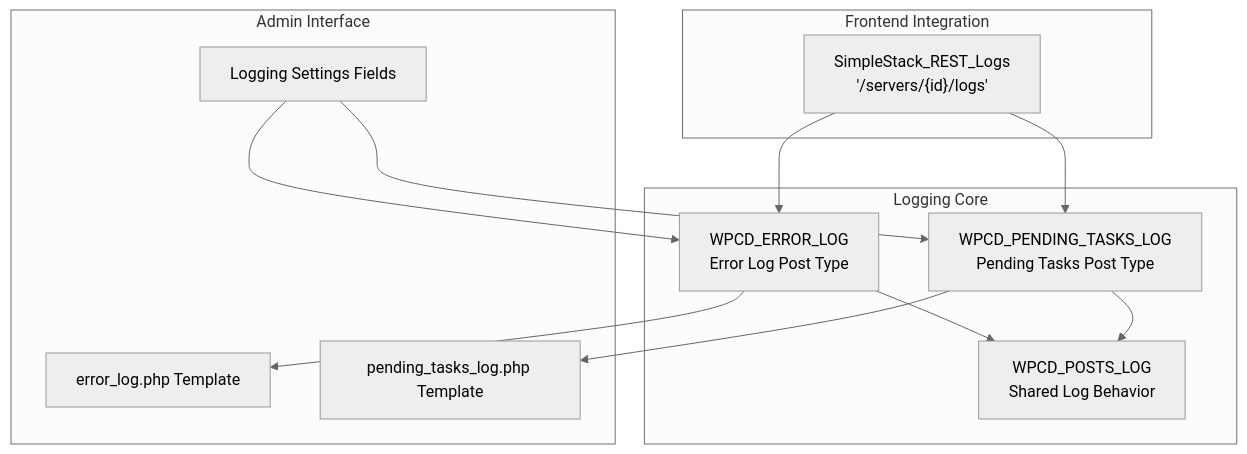
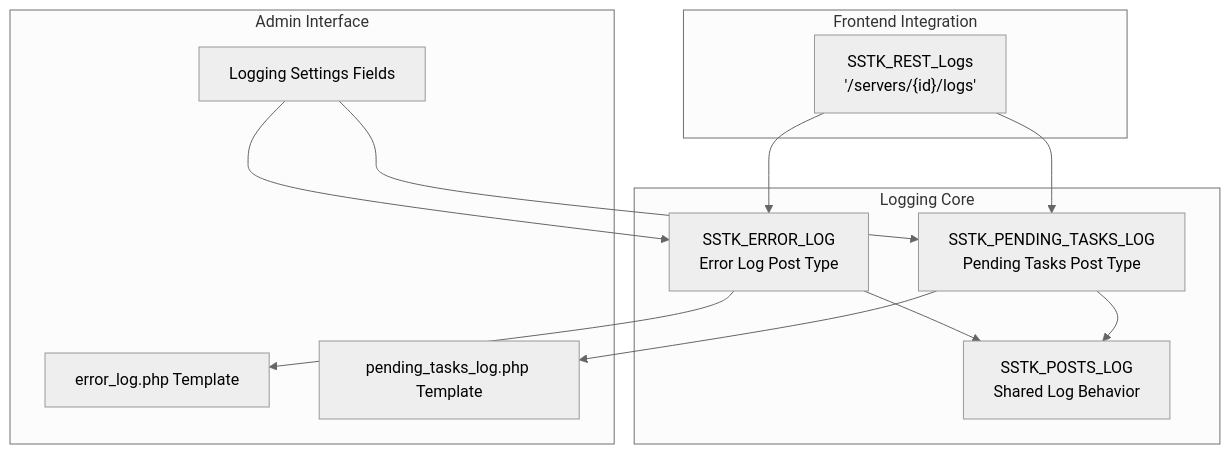
The first of 7 diagrams in .qoder/repowiki/en/content/Logging & Monitoring/Error Tracking & Debugging.md (onedogsolutions/simple-stack), drawn with Mermaid (neutral theme) before and after one commit. The commit also changed other lines of this file and 5941 other files, not shown here.

First line of the commit message:
refactor(core): rebrand WPCloudDeploy to Simple Stack with new namespaces and prefixes

````diff
--- a/.qoder/repowiki/en/content/Logging & Monitoring/Error Tracking & Debugging.md
+++ b/.qoder/repowiki/en/content/Logging & Monitoring/Error Tracking & Debugging.md
@@ -42,24 +42,24 @@
 ```mermaid
 graph TB
 subgraph "Logging Core"
-ErrorLog["WPCD_ERROR_LOG<br/>Error Log Post Type"]
-PendingTasks["WPCD_PENDING_TASKS_LOG<br/>Pending Tasks Post Type"]
-BaseLog["WPCD_POSTS_LOG<br/>Shared Log Behavior"]
+ErrorLog["SSTK_ERROR_LOG<br/>Error Log Post Type"]
+PendingTasks["SSTK_PENDING_TASKS_LOG<br/>Pending Tasks Post Type"]
+BaseLog["SSTK_POSTS_LOG<br/>Shared Log Behavior"]
 end
 subgraph "Admin Interface"
 ErrorTemplate["error_log.php Template"]
 PendingTemplate["pending_tasks_log.php Template"]
 Settings["Logging Settings Fields"]
 end
 subgraph "Frontend Integration"
-RestLogs["SimpleStack_REST_Logs<br/>'/servers/{id}/logs'"]
+RestLogs["SSTK_REST_Logs<br/>'/servers/{id}/logs'"]
 end
 ErrorLog --> ErrorTemplate
 PendingTasks --> PendingTemplate
 ErrorLog --> BaseLog
 PendingTasks --> BaseLog
 RestLogs --> ErrorLog
 RestLogs --> PendingTasks
 Settings --> ErrorLog
 Settings --> PendingTasks
 ```
````
